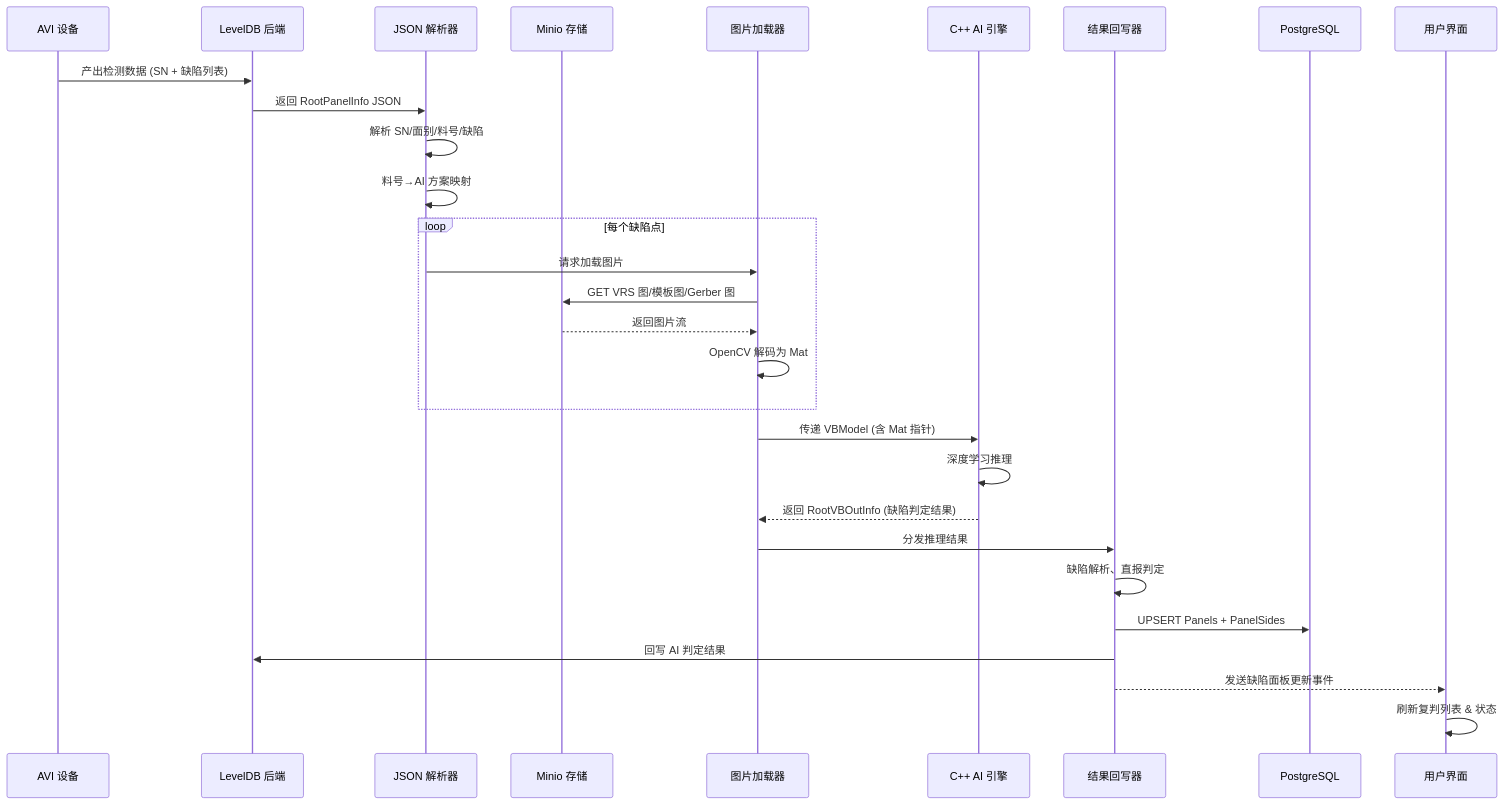
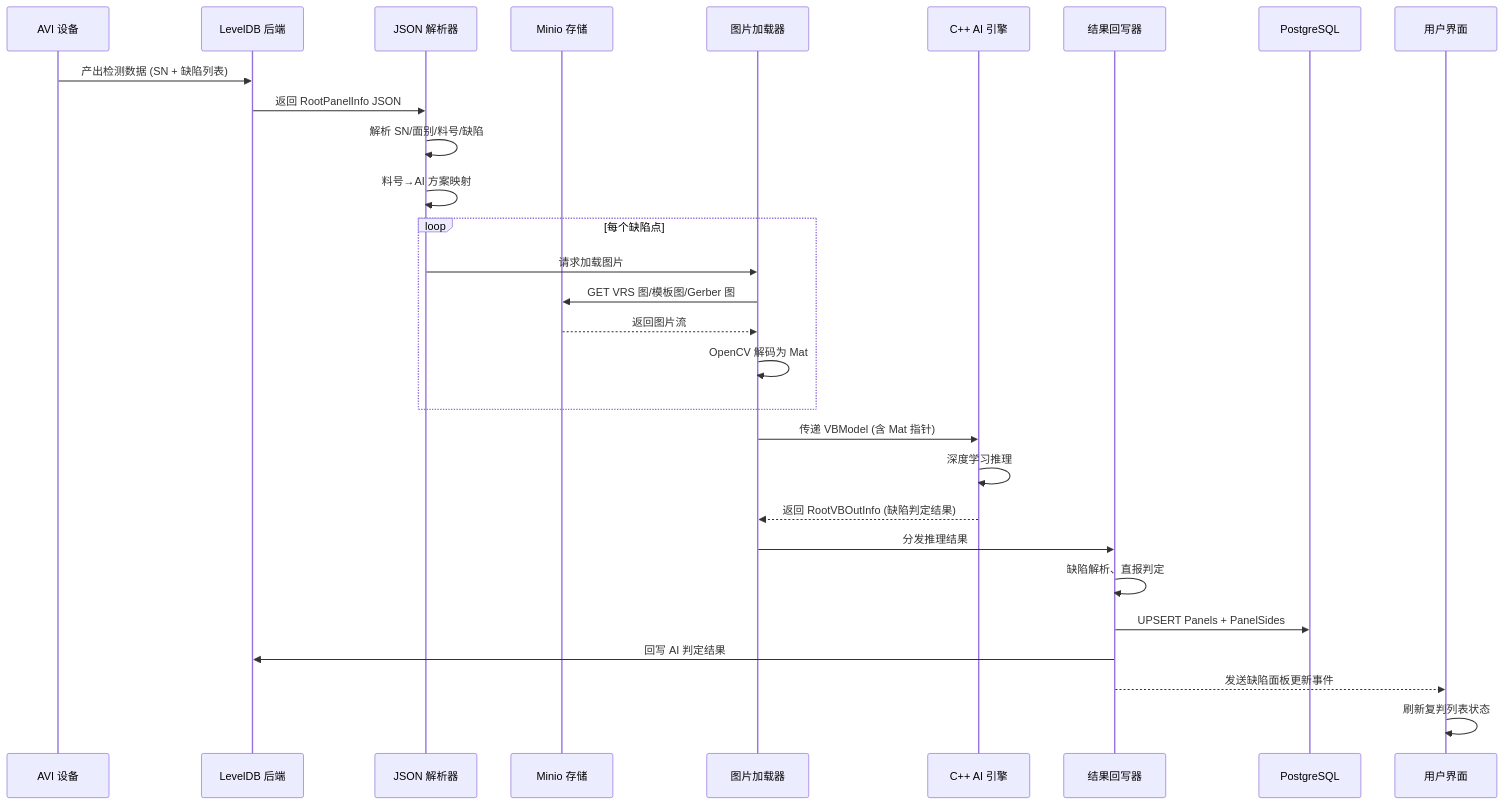
One commit to zyang6698-lang/AIFilter changed the second of 4 diagrams in 产品建设文档.md. Above: the diagram before and after it, drawn with Mermaid. The commit also changed 5 other files, not shown here.

````diff
--- a/产品建设文档.md
+++ b/产品建设文档.md
@@ -370,35 +370,35 @@
 ```mermaid
 sequenceDiagram
     participant AVI as AVI 设备
     participant LevelDB as LevelDB 后端
     participant Parser as JSON 解析器
     participant Minio as Minio 存储
     participant Loader as 图片加载器
     participant AI as C++ AI 引擎
     participant Writer as 结果回写器
     participant PG as PostgreSQL
     participant UI as 用户界面
 
     AVI->>LevelDB: 产出检测数据 (SN + 缺陷列表)
     LevelDB->>Parser: 返回 RootPanelInfo JSON
     Parser->>Parser: 解析 SN/面别/料号/缺陷
     Parser->>Parser: 料号→AI 方案映射
 
     loop 每个缺陷点
         Parser->>Loader: 请求加载图片
         Loader->>Minio: GET VRS 图/模板图/Gerber 图
         Minio-->>Loader: 返回图片流
         Loader->>Loader: OpenCV 解码为 Mat
     end
 
     Loader->>AI: 传递 VBModel (含 Mat 指针)
     AI->>AI: 深度学习推理
     AI-->>Loader: 返回 RootVBOutInfo (缺陷判定结果)
 
     Loader->>Writer: 分发推理结果
     Writer->>Writer: 缺陷解析、直报判定
     Writer->>PG: UPSERT Panels + PanelSides
     Writer->>LevelDB: 回写 AI 判定结果
     Writer-->>UI: 发送缺陷面板更新事件
-    UI->>UI: 刷新复判列表 & 状态
+    UI->>UI: 刷新复判列表状态
 ```
````
